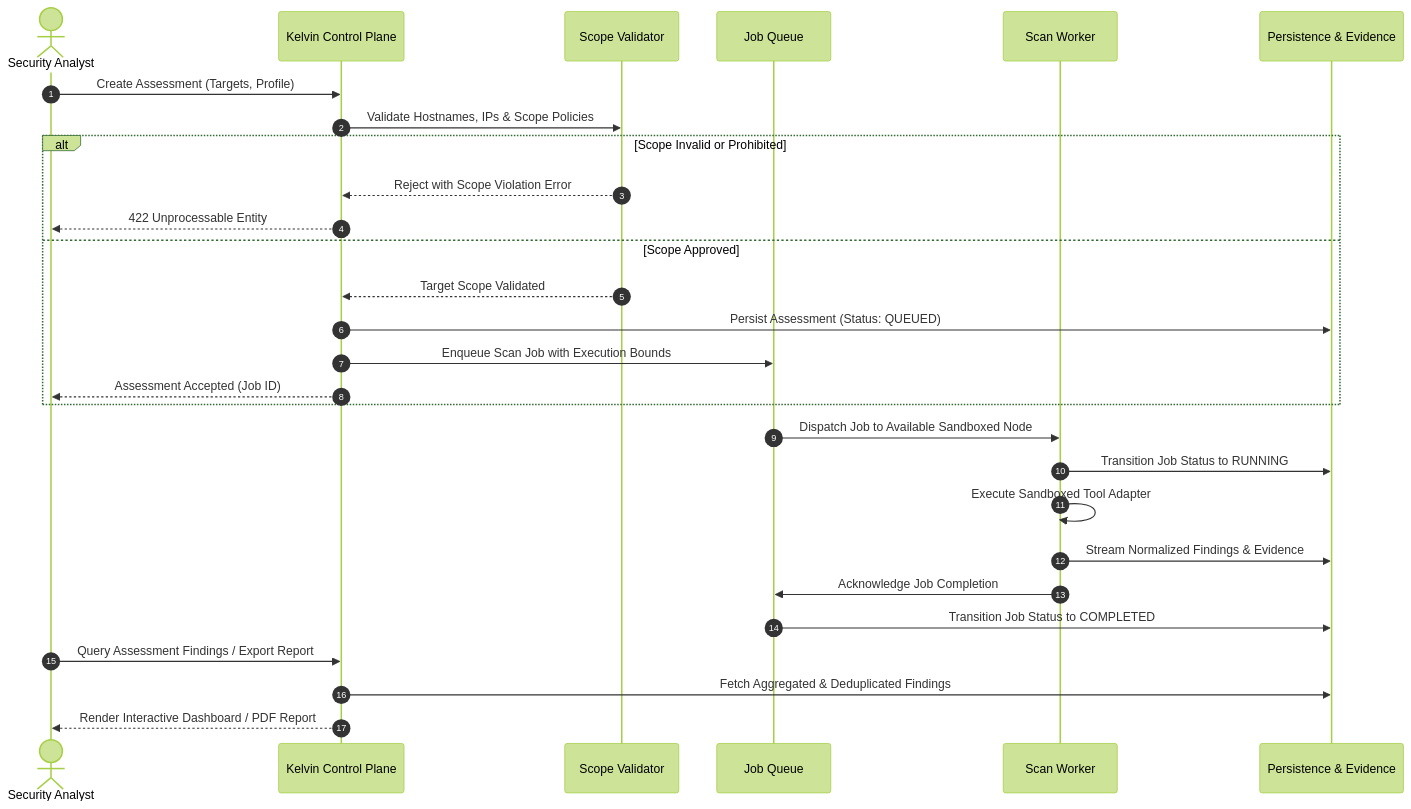
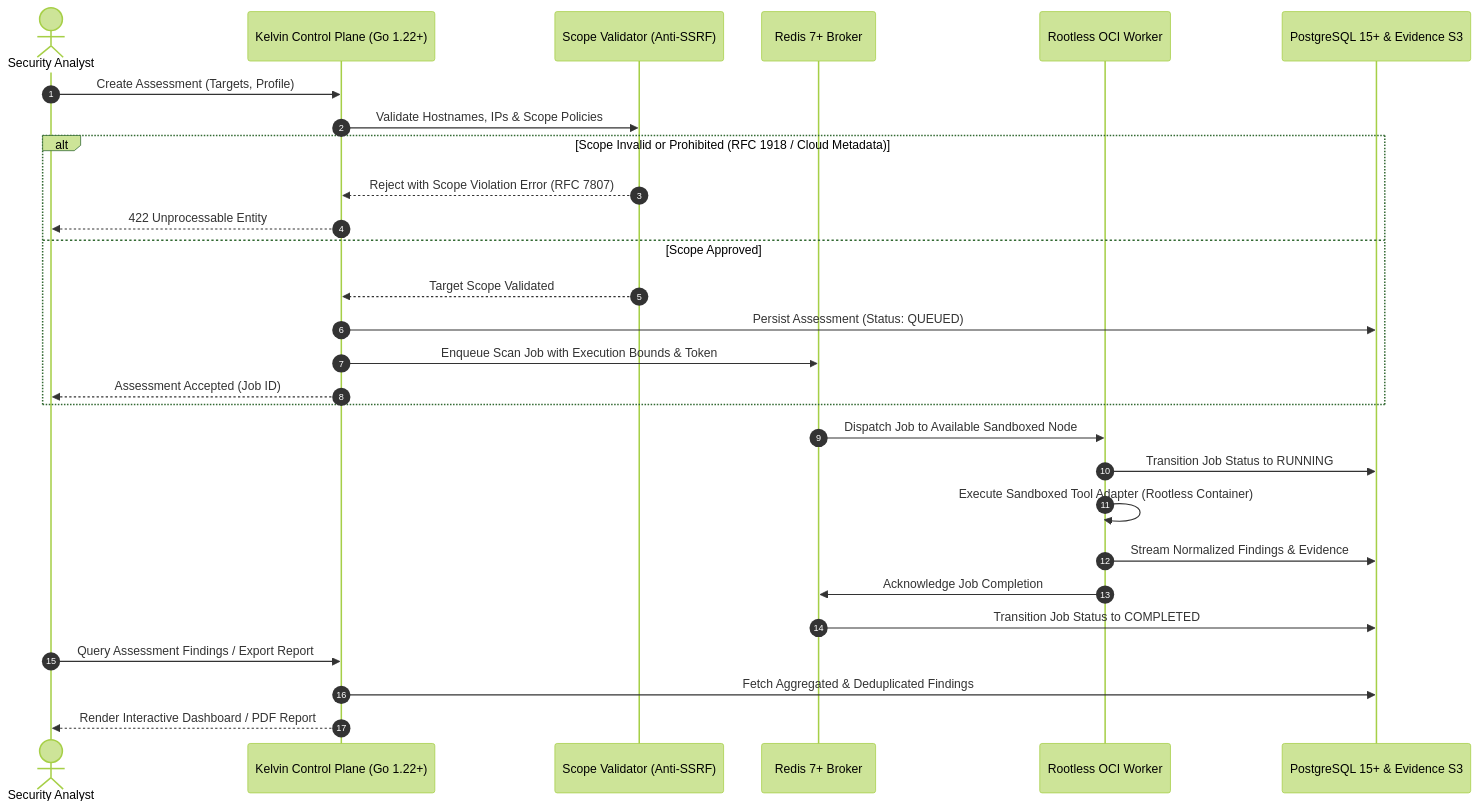
The third of 4 diagrams in docs/ARCHITECTURE_AND_FEATURES.md (eOzkahq/Kelvin), drawn with Mermaid (forest theme) before and after one commit. The commit also changed other lines of this file and 10 other files, not shown here.

First line of the commit message:
docs(architecture): harmonize foundation specifications and documentation with ADR-0001 through ADR-0005 (P1-26)

````diff
--- a/docs/ARCHITECTURE_AND_FEATURES.md
+++ b/docs/ARCHITECTURE_AND_FEATURES.md
@@ -104,32 +105,32 @@
 ```mermaid
 sequenceDiagram
     autonumber
     actor User as Security Analyst
-    participant API as Kelvin Control Plane
-    participant Scope as Scope Validator
-    participant Queue as Job Queue
-    participant Worker as Scan Worker
-    participant DB as Persistence & Evidence
+    participant API as Kelvin Control Plane (Go 1.22+)
+    participant Scope as Scope Validator (Anti-SSRF)
+    participant Queue as Redis 7+ Broker
+    participant Worker as Rootless OCI Worker
+    participant DB as PostgreSQL 15+ & Evidence S3
     
     User->>API: Create Assessment (Targets, Profile)
     API->>Scope: Validate Hostnames, IPs & Scope Policies
-    alt Scope Invalid or Prohibited
-        Scope-->>API: Reject with Scope Violation Error
+    alt Scope Invalid or Prohibited (RFC 1918 / Cloud Metadata)
+        Scope-->>API: Reject with Scope Violation Error (RFC 7807)
         API-->>User: 422 Unprocessable Entity
     else Scope Approved
         Scope-->>API: Target Scope Validated
         API->>DB: Persist Assessment (Status: QUEUED)
-        API->>Queue: Enqueue Scan Job with Execution Bounds
+        API->>Queue: Enqueue Scan Job with Execution Bounds & Token
         API-->>User: Assessment Accepted (Job ID)
     end
     
     Queue->>Worker: Dispatch Job to Available Sandboxed Node
     Worker->>DB: Transition Job Status to RUNNING
-    Worker->>Worker: Execute Sandboxed Tool Adapter
+    Worker->>Worker: Execute Sandboxed Tool Adapter (Rootless Container)
     Worker->>DB: Stream Normalized Findings & Evidence
     Worker->>Queue: Acknowledge Job Completion
     Queue->>DB: Transition Job Status to COMPLETED
     User->>API: Query Assessment Findings / Export Report
     API->>DB: Fetch Aggregated & Deduplicated Findings
     API-->>User: Render Interactive Dashboard / PDF Report
 ```
````
